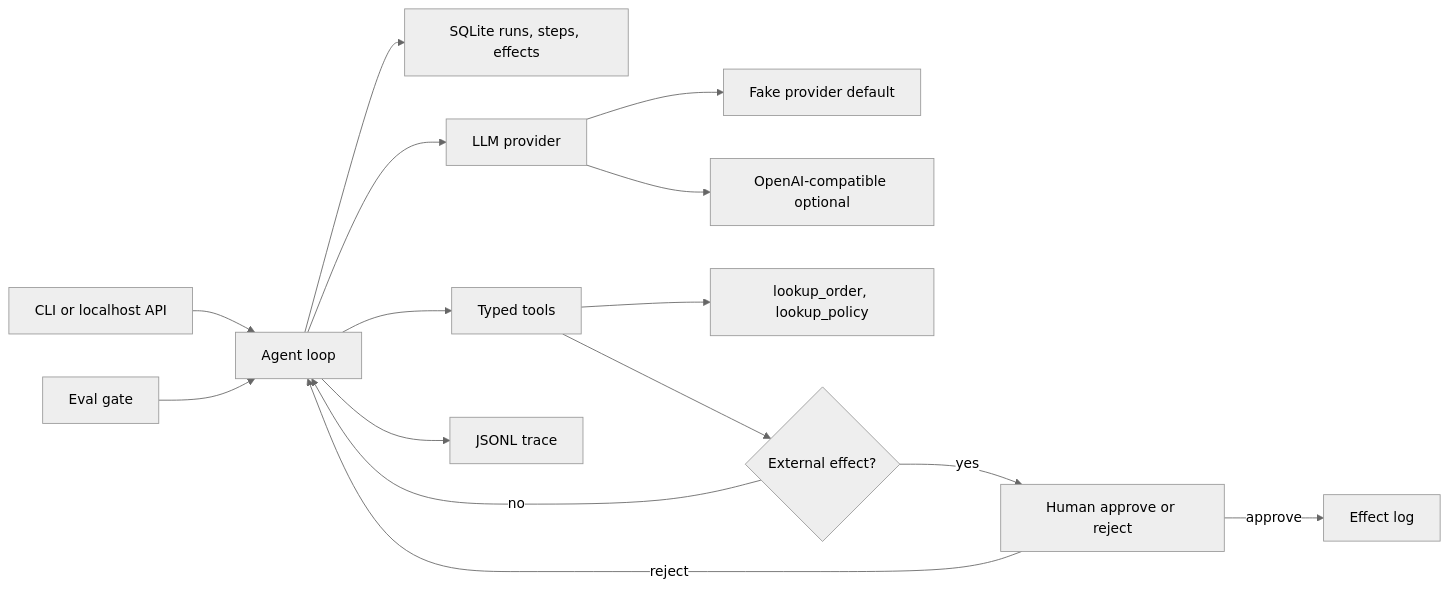
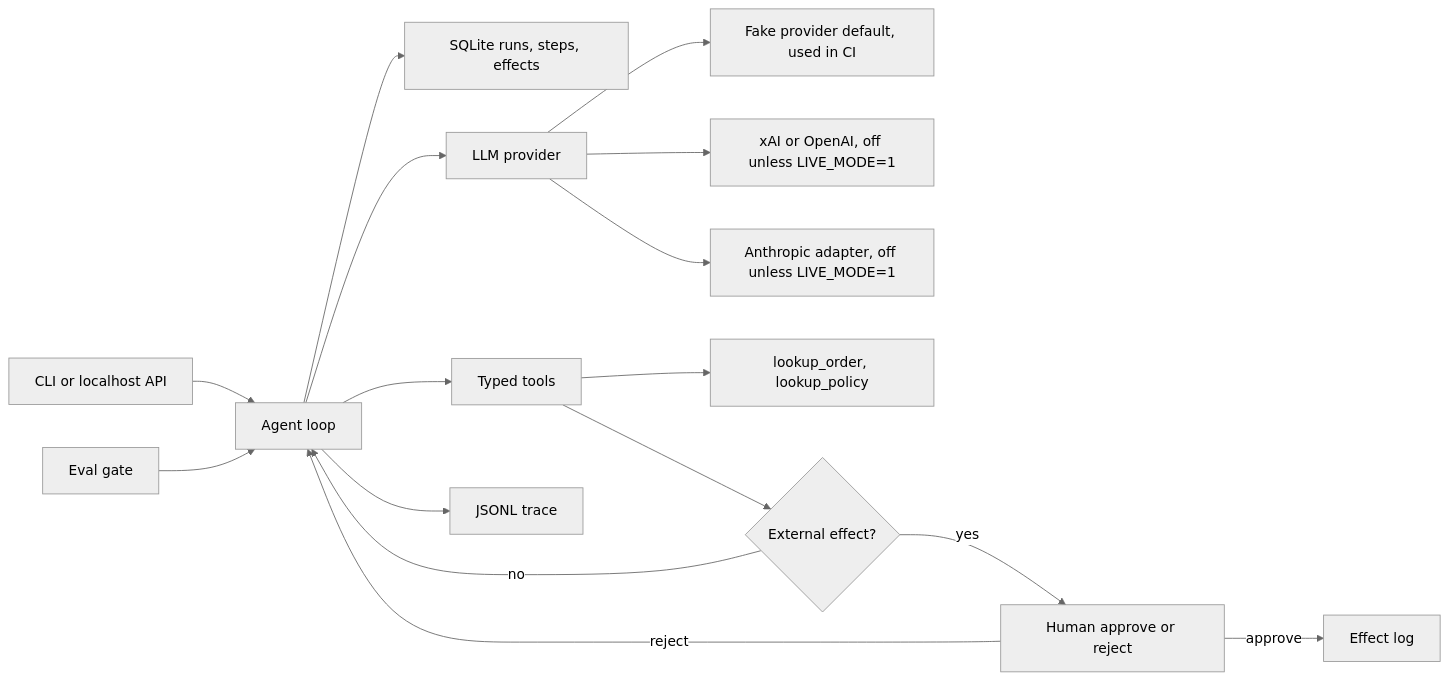
One commit to dlescanogithub/agent-runtime-evals changed the diagram in README.md. Above: the diagram before and after it, drawn with Mermaid (neutral theme). The commit also changed other lines of this file and 25 other files, not shown here.

````diff
--- a/README.md
+++ b/README.md
@@ -87,17 +89,18 @@
 ```mermaid
 flowchart LR
   caller["CLI or localhost API"] --> runner["Agent loop"]
   runner --> store["SQLite runs, steps, effects"]
   runner --> model["LLM provider"]
-  model --> fake["Fake provider default"]
-  model --> http["OpenAI-compatible optional"]
+  model --> fake["Fake provider default, used in CI"]
+  model --> http["xAI or OpenAI, off unless LIVE_MODE=1"]
+  model --> anthropic["Anthropic adapter, off unless LIVE_MODE=1"]
   runner --> tools["Typed tools"]
   tools --> reads["lookup_order, lookup_policy"]
   tools --> gate{"External effect?"}
   gate -->|yes| human["Human approve or reject"]
   human -->|approve| effects["Effect log"]
   human -->|reject| runner
   gate -->|no| runner
   runner --> trace["JSONL trace"]
   evals["Eval gate"] --> runner
 ```
````
